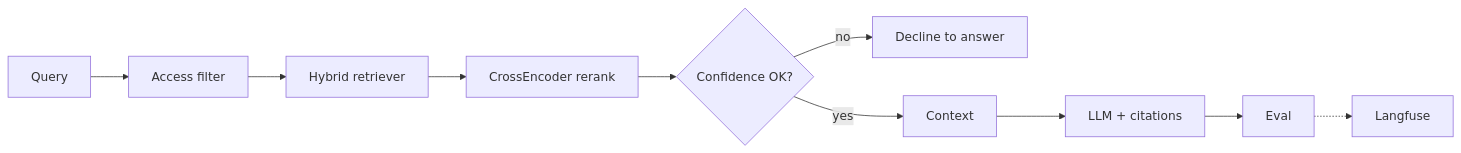
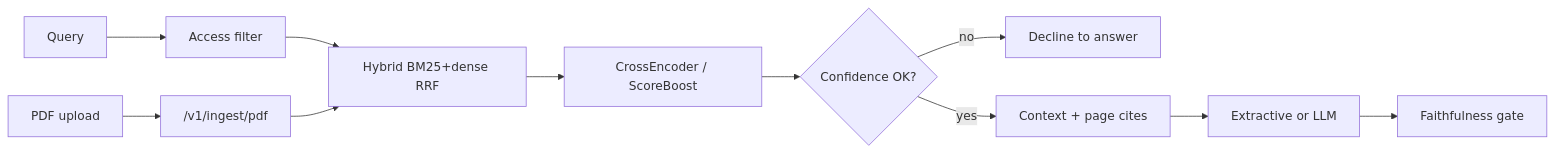
Before and after one commit to vpeetla-ai/ai-architecture-portfolio: the diagram in case-studies/enterprise-rag-platform.md, drawn with Mermaid. The commit also changed other lines of this file and 2 other files, not shown here.

````diff
--- a/case-studies/enterprise-rag-platform.md
+++ b/case-studies/enterprise-rag-platform.md
@@ -20,8 +22,10 @@
 ```mermaid
 flowchart LR
-    Q[Query] --> AF[Access filter] --> RET[Hybrid retriever]
-    RET --> RR[CrossEncoder rerank] --> DEC{Confidence OK?}
+    PDF[PDF upload] --> ING["/v1/ingest/pdf"]
+    Q[Query] --> AF[Access filter] --> RET["Hybrid BM25+dense RRF"]
+    RET --> RR[CrossEncoder / ScoreBoost] --> DEC{Confidence OK?}
     DEC -->|no| REF[Decline to answer]
-    DEC -->|yes| CTX[Context] --> LLM[LLM + citations]
-    LLM --> EV[Eval] -.-> LF[Langfuse]
+    DEC -->|yes| CTX[Context + page cites] --> GEN[Extractive or LLM]
+    GEN --> FAITH[Faithfulness gate]
+    ING --> RET
 ```
````
